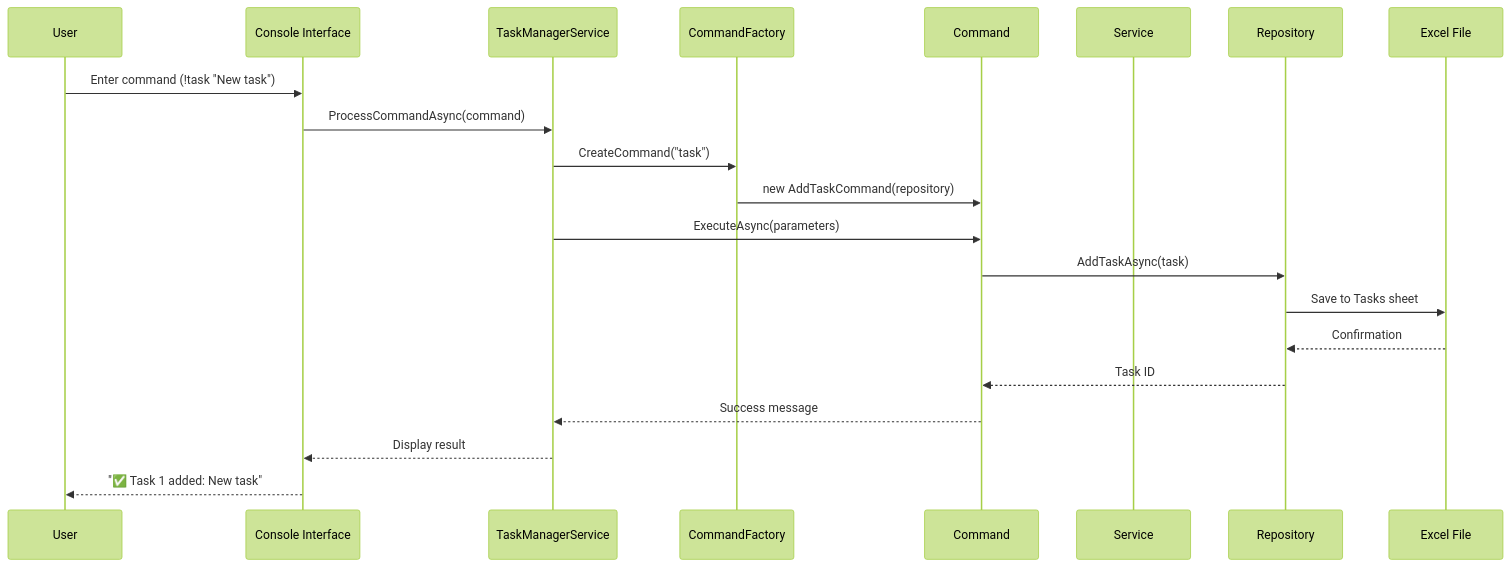
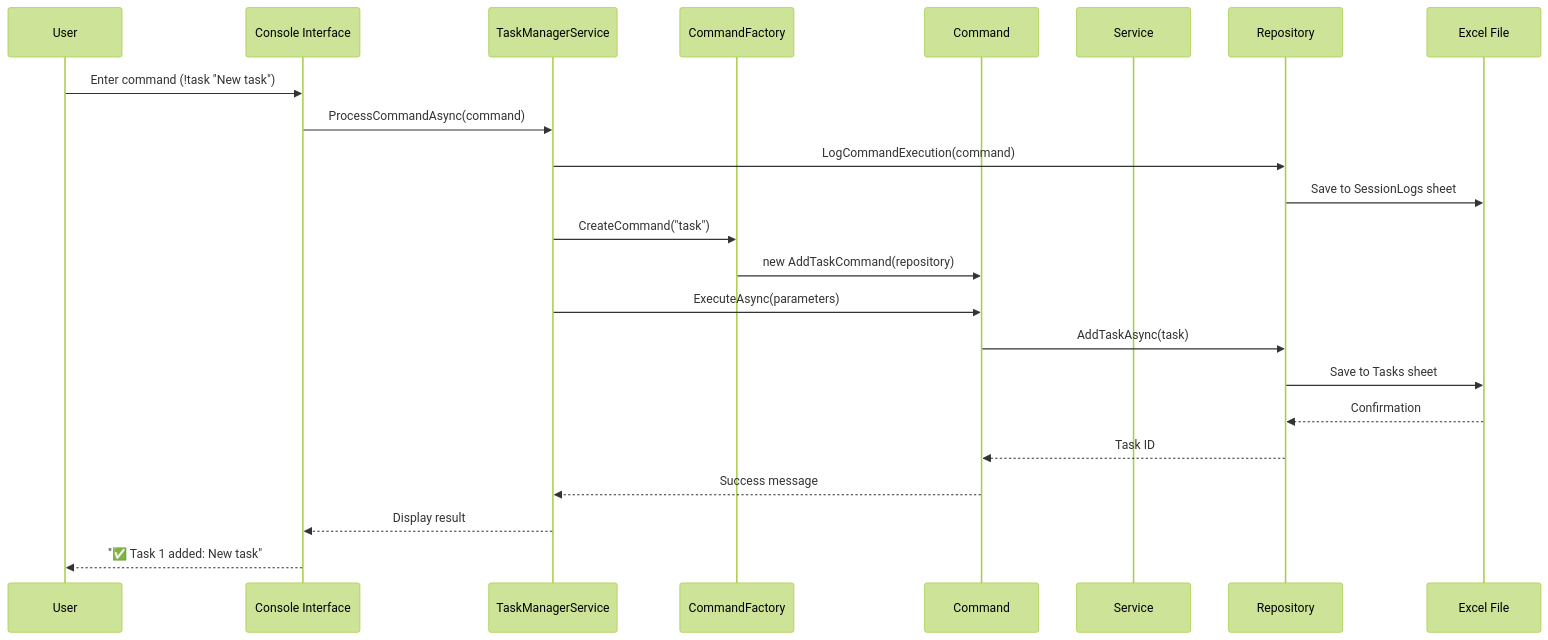
One commit to nirajpant07/TaskManagerCLI changed the second of 6 diagrams in ARCHITECTURE.md. Above: the diagram before and after it, drawn with Mermaid (forest theme). The commit also changed other lines of this file and 5 other files, not shown here.

First line of the commit message:
feat: Add comprehensive command logging to SessionLogs sheet

````diff
--- a/ARCHITECTURE.md
+++ b/ARCHITECTURE.md
@@ -202,24 +202,26 @@
 ```mermaid
 sequenceDiagram
     participant User
     participant CLI as Console Interface
     participant TM as TaskManagerService
     participant CF as CommandFactory
     participant CMD as Command
     participant SVC as Service
     participant REPO as Repository
     participant Excel as Excel File
 
     User->>CLI: Enter command (!task "New task")
     CLI->>TM: ProcessCommandAsync(command)
+    TM->>REPO: LogCommandExecution(command)
+    REPO->>Excel: Save to SessionLogs sheet
     TM->>CF: CreateCommand("task")
     CF->>CMD: new AddTaskCommand(repository)
     TM->>CMD: ExecuteAsync(parameters)
     CMD->>REPO: AddTaskAsync(task)
     REPO->>Excel: Save to Tasks sheet
     Excel-->>REPO: Confirmation
     REPO-->>CMD: Task ID
     CMD-->>TM: Success message
     TM-->>CLI: Display result
     CLI-->>User: "✅ Task 1 added: New task"
 ```
````
